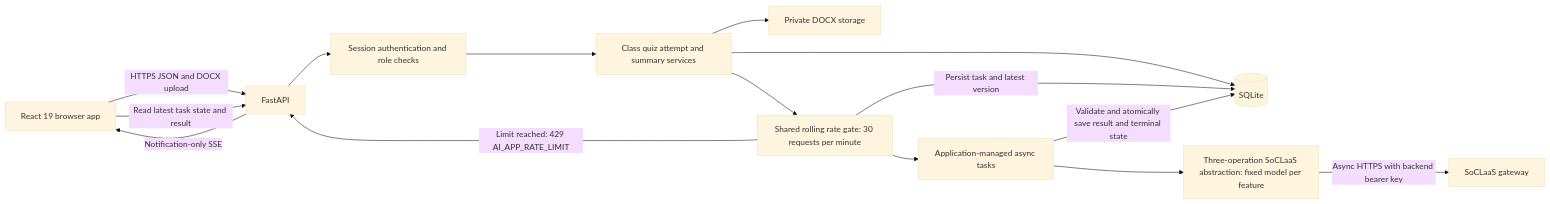
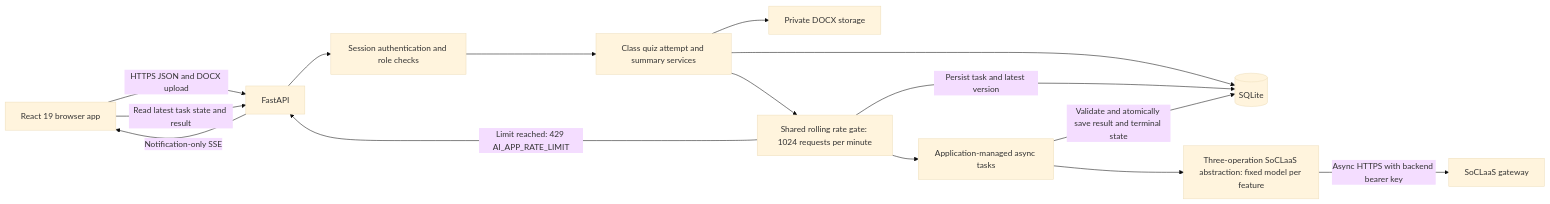
The first of 2 diagrams in specs/backend-spec.md (CS3227-2610-MP3-QuizIt/CS3227-2610-MP3), drawn with Mermaid (base theme) before and after one commit. The commit also changed other lines of this file and 7 other files, not shown here.

````diff
--- a/specs/backend-spec.md
+++ b/specs/backend-spec.md
@@ -11,17 +11,17 @@
 ```mermaid
 flowchart LR
     Browser[React 19 browser app] -->|HTTPS JSON and DOCX upload| API[FastAPI]
     API --> Auth[Session authentication and role checks]
     Auth --> Services[Class quiz attempt and summary services]
     Services --> DB[(SQLite)]
     Services --> Files[Private DOCX storage]
-    Services --> Admission[Shared rolling rate gate: 30 requests per minute]
+    Services --> Admission[Shared rolling rate gate: 1024 requests per minute]
     Admission -->|Limit reached: 429 AI_APP_RATE_LIMIT| API
     Admission -->|Persist task and latest version| DB
     Admission --> Tasks[Application-managed async tasks]
     Tasks --> AI[Three-operation SoCLaaS abstraction: fixed model per feature]
     AI -->|Async HTTPS with backend bearer key| Gateway[SoCLaaS gateway]
     Tasks -->|Validate and atomically save result and terminal state| DB
     API -->|Notification-only SSE| Browser
     Browser -->|Read latest task state and result| API
 ```
````
